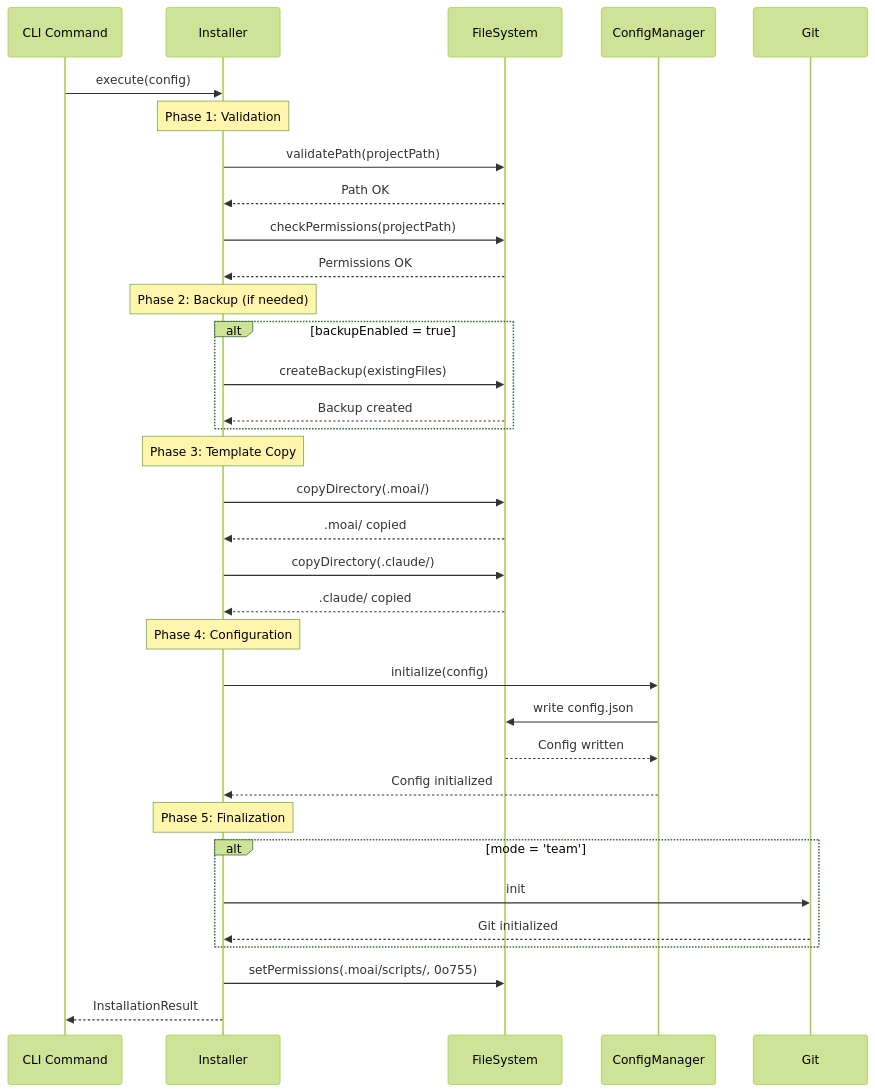
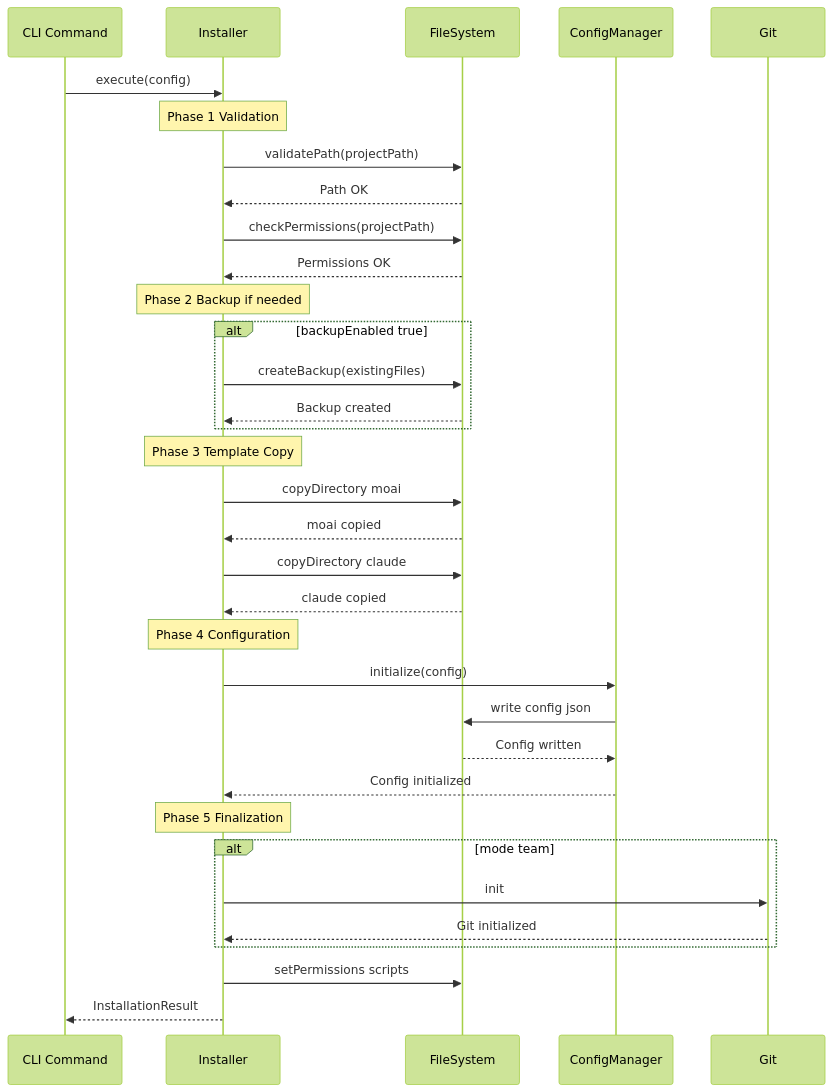
One commit to modu-ai/moai-adk changed the third of 9 diagrams in docs/reference/core-modules.md. Above: the diagram before and after it, drawn with Mermaid (forest theme). The commit also changed other lines of this file and 447 other files, not shown here.

````diff
--- a/docs/reference/core-modules.md
+++ b/docs/reference/core-modules.md
@@ -241,43 +241,43 @@
 ```mermaid
 sequenceDiagram
     participant CLI as CLI Command
     participant Installer
     participant FileSystem
     participant ConfigManager
     participant Git
 
     CLI->>Installer: execute(config)
 
-    Note over Installer: Phase 1: Validation
+    Note over Installer: Phase 1 Validation
     Installer->>FileSystem: validatePath(projectPath)
     FileSystem-->>Installer: Path OK
     Installer->>FileSystem: checkPermissions(projectPath)
     FileSystem-->>Installer: Permissions OK
 
-    Note over Installer: Phase 2: Backup (if needed)
-    alt backupEnabled = true
+    Note over Installer: Phase 2 Backup if needed
+    alt backupEnabled true
         Installer->>FileSystem: createBackup(existingFiles)
         FileSystem-->>Installer: Backup created
     end
 
-    Note over Installer: Phase 3: Template Copy
-    Installer->>FileSystem: copyDirectory(.moai/)
-    FileSystem-->>Installer: .moai/ copied
-    Installer->>FileSystem: copyDirectory(.claude/)
-    FileSystem-->>Installer: .claude/ copied
+    Note over Installer: Phase 3 Template Copy
+    Installer->>FileSystem: copyDirectory moai
+    FileSystem-->>Installer: moai copied
+    Installer->>FileSystem: copyDirectory claude
+    FileSystem-->>Installer: claude copied
 
-    Note over Installer: Phase 4: Configuration
+    Note over Installer: Phase 4 Configuration
     Installer->>ConfigManager: initialize(config)
-    ConfigManager->>FileSystem: write config.json
+    ConfigManager->>FileSystem: write config json
     FileSystem-->>ConfigManager: Config written
     ConfigManager-->>Installer: Config initialized
 
-    Note over Installer: Phase 5: Finalization
-    alt mode = 'team'
+    Note over Installer: Phase 5 Finalization
+    alt mode team
         Installer->>Git: init
         Git-->>Installer: Git initialized
     end
-    Installer->>FileSystem: setPermissions(.moai/scripts/, 0o755)
+    Installer->>FileSystem: setPermissions scripts
 
     Installer-->>CLI: InstallationResult
 ```
````
